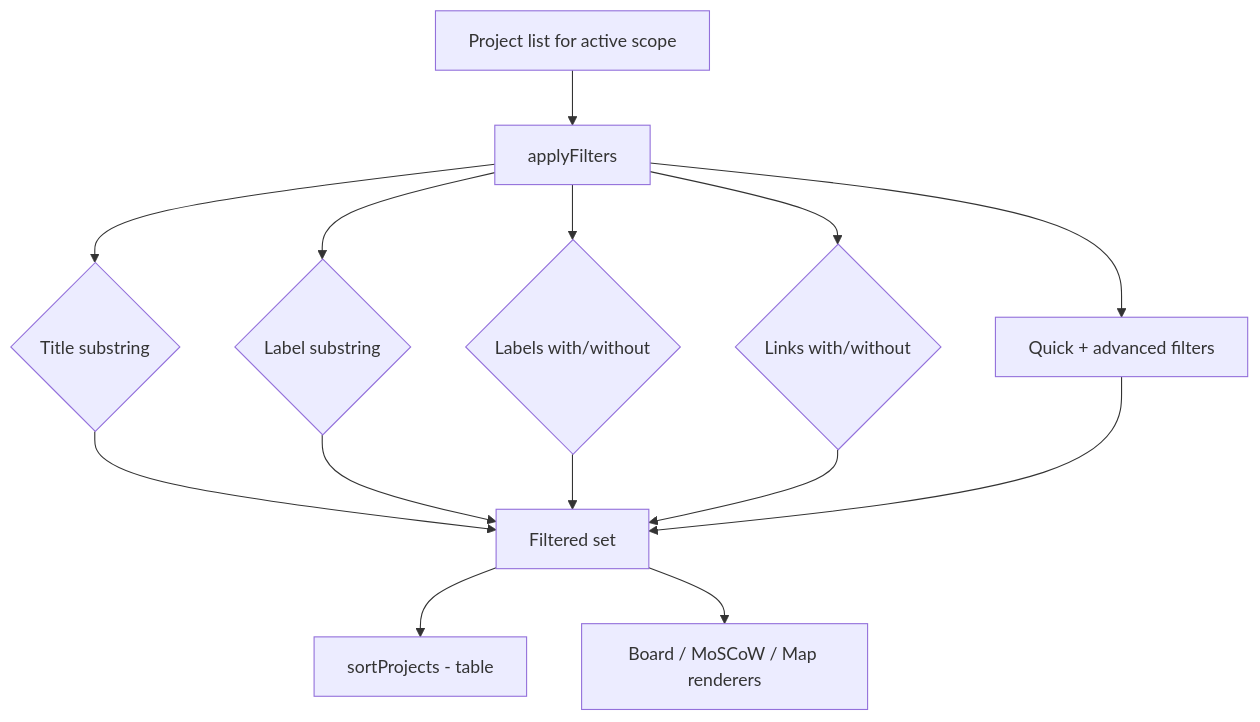
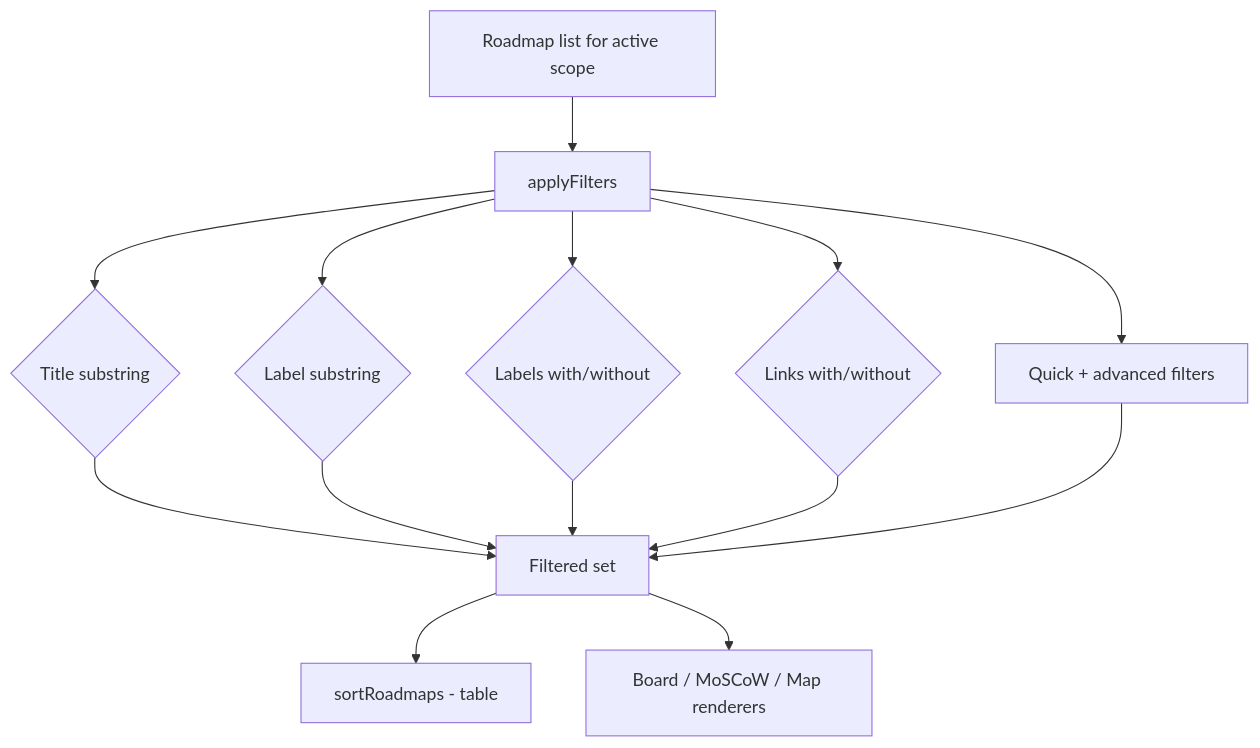
The fourth of 7 diagrams in docs/ARCHITECTURE.md (RifqiMT/pm-prioritization-tool), drawn with Mermaid before and after one commit. The commit also changed other lines of this file and 59 other files, not shown here.

First line of the commit message:
feat(ui193): rename Project→Roadmap, add KANO portfolio view, and full docs sync

````diff
--- a/docs/ARCHITECTURE.md
+++ b/docs/ARCHITECTURE.md
@@ -161,16 +164,16 @@
 ```mermaid
 flowchart TD
-  A[Project list for active scope] --> B[applyFilters]
+  A[Roadmap list for active scope] --> B[applyFilters]
   B --> C{Title substring}
   B --> D{Label substring}
   B --> E{Labels with/without}
   B --> F{Links with/without}
   B --> G[Quick + advanced filters]
   C --> H[Filtered set]
   D --> H
   E --> H
   F --> H
   G --> H
-  H --> I[sortProjects - table]
+  H --> I[sortRoadmaps - table]
   H --> J[Board / MoSCoW / Map renderers]
 ```
````
